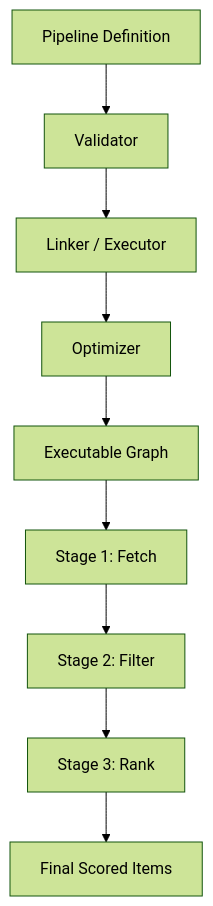
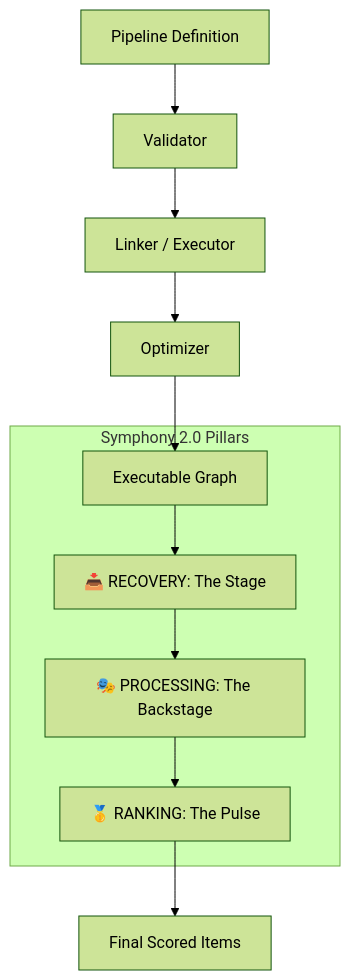
The diagram in src/pipeline/README.md (adiozdaniel/bongas-ai), drawn with Mermaid (forest theme) before and after one commit. The commit also changed other lines of this file and 89 other files, not shown here.

First line of the commit message:
refactor(pipeline): implement Symphony 2.0 pillarized architecture

````diff
--- a/src/pipeline/README.md
+++ b/src/pipeline/README.md
@@ -11,12 +15,15 @@
 ```mermaid
 graph TD
     Def[Pipeline Definition] --> Val[Validator]
     Val --> Link[Linker / Executor]
     Link --> Opt[Optimizer]
     Opt --> Exec[Executable Graph]
     
-    Exec --> Stage1[Stage 1: Fetch]
-    Stage1 --> Stage2[Stage 2: Filter]
-    Stage2 --> Stage3[Stage 3: Rank]
-    Stage3 --> Result[Final Scored Items]
+    subgraph Pillars [Symphony 2.0 Pillars]
+        Exec --> Recovery[📥 RECOVERY: The Stage]
+        Recovery --> Processing[🎭 PROCESSING: The Backstage]
+        Processing --> Ranking[🥇 RANKING: The Pulse]
+    end
+    
+    Ranking --> Result[Final Scored Items]
 ```
````
